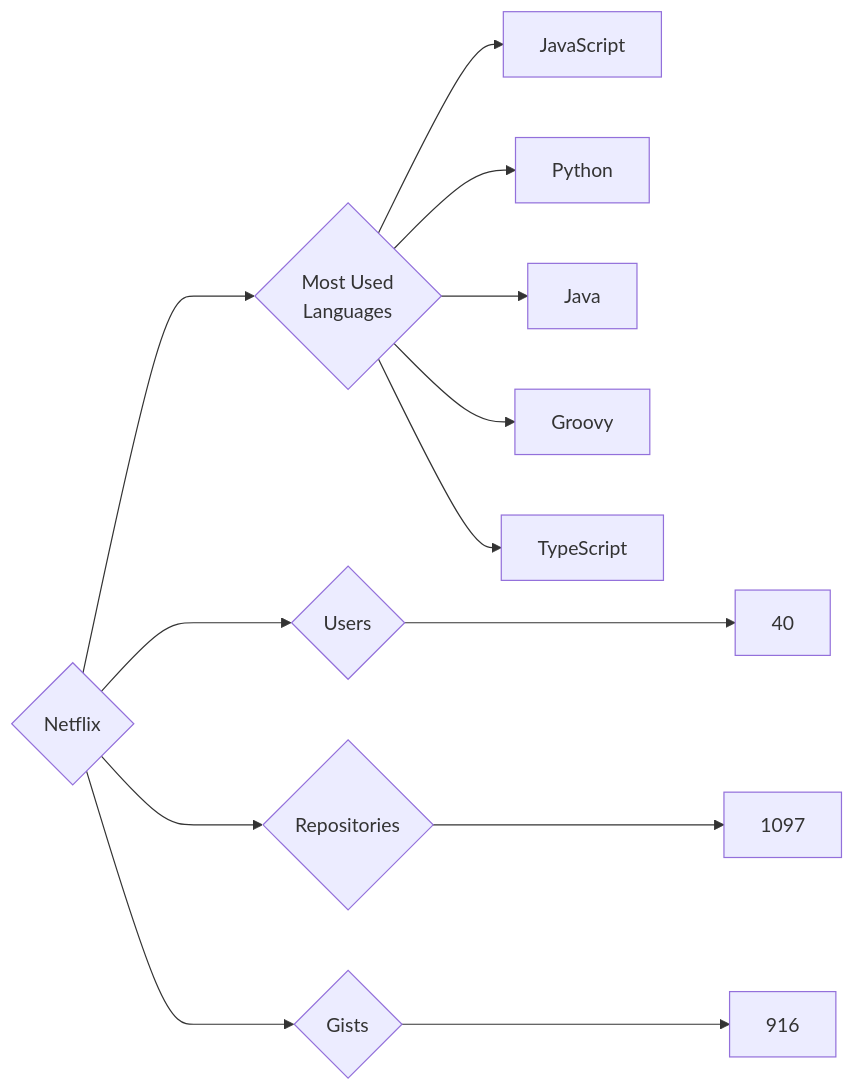
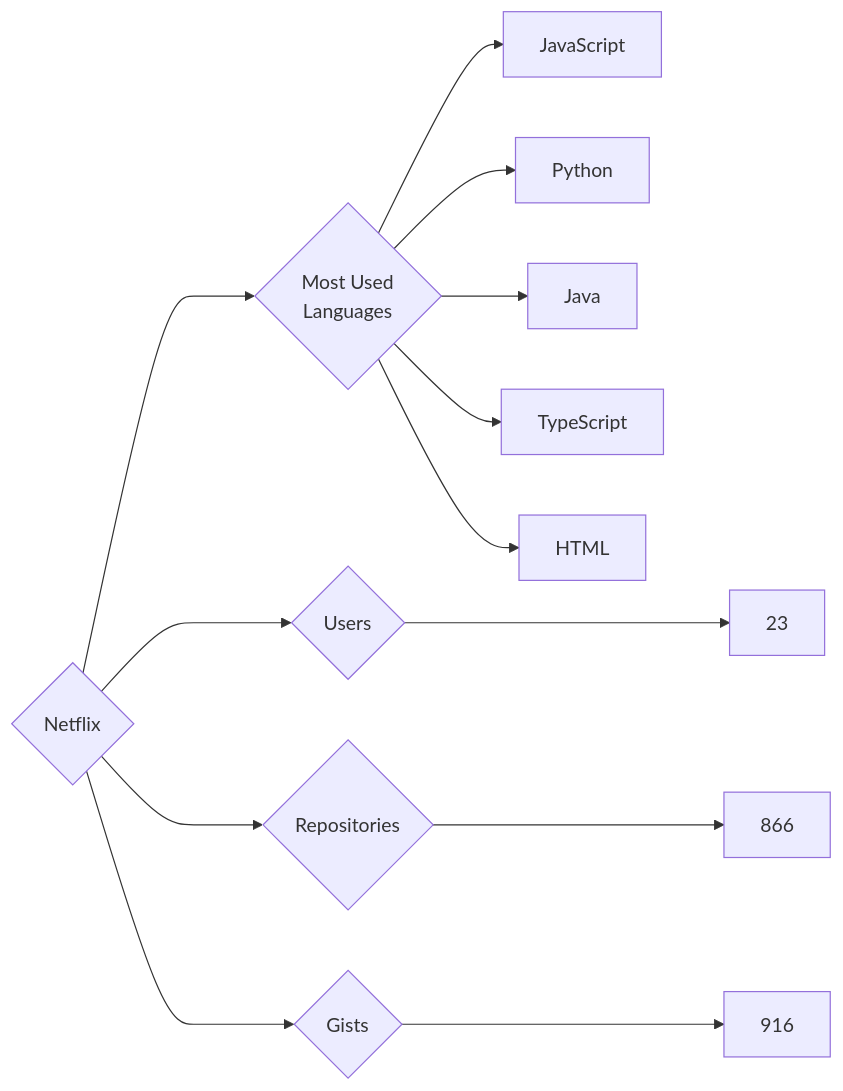
The diagram in targets/Netflix/README.md (trickest/insiders), drawn with Mermaid before and after one commit. The commit also changed 715 other files, not shown here.

````diff
--- a/targets/Netflix/README.md
+++ b/targets/Netflix/README.md
@@ -3,13 +3,13 @@
 ```mermaid
 graph LR
 COMPANY_NAME{Netflix}
-COMPANY_NAME ---> U{Users} ---> UN[40]
-COMPANY_NAME ---> R{Repositories} ---> RN[1097]
+COMPANY_NAME ---> U{Users} ---> UN[23]
+COMPANY_NAME ---> R{Repositories} ---> RN[866]
 COMPANY_NAME ---> G{Gists} ---> GN[916]
 COMPANY_NAME ---> ML{Most Used<br>Languages}
 ML --> JavaScript[JavaScript]
 ML --> Python[Python]
 ML --> Java[Java]
-ML --> Groovy[Groovy]
 ML --> TypeScript[TypeScript]
+ML --> HTML[HTML]
 ```
````
